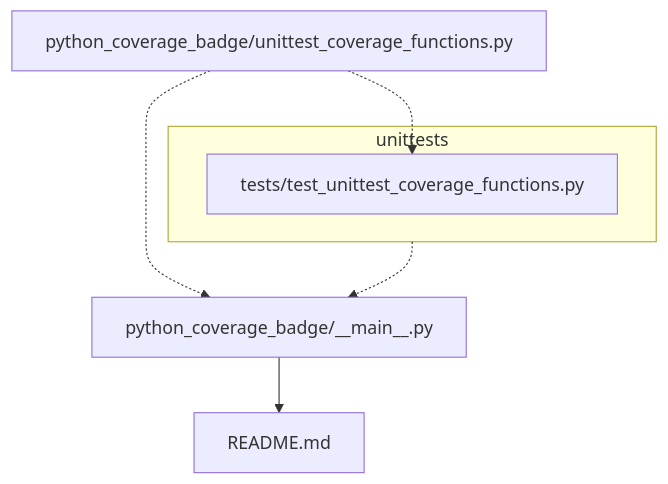
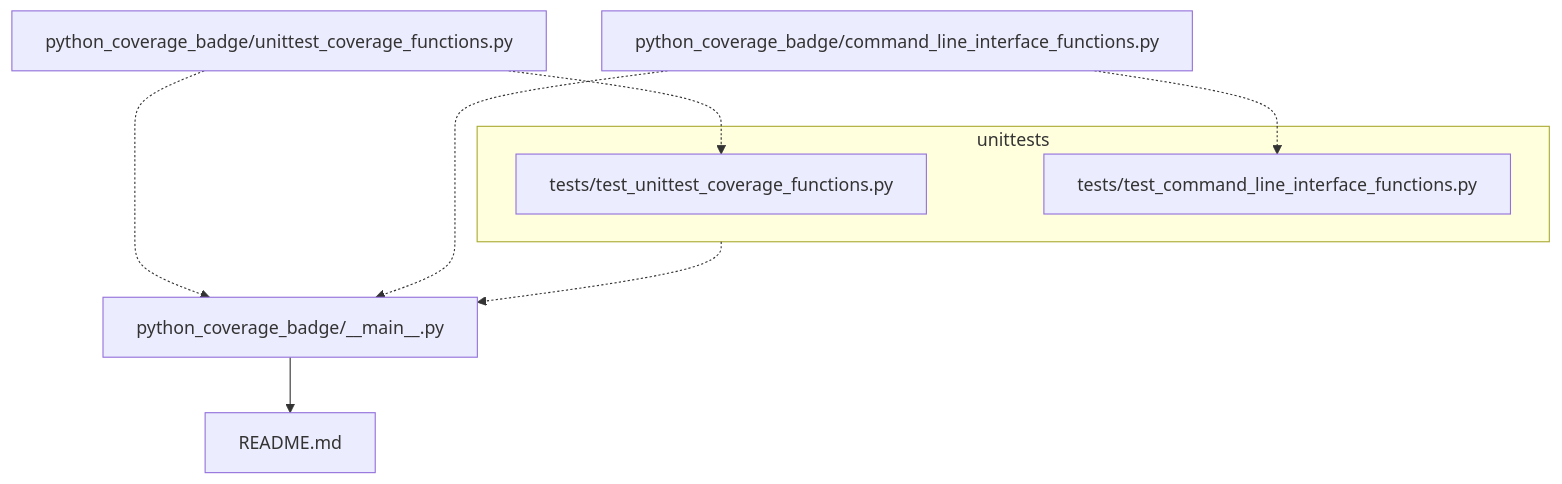
One commit to JosephCrispell/coverage_shield changed the diagram in README.md. Above: the diagram before and after it, drawn with Mermaid. The commit also changed other lines of this file, not shown here.

Commit message:
Updated TODO and doctree

````diff
--- a/README.md
+++ b/README.md
@@ -94,10 +93,13 @@
 ```mermaid
   graph TD
     coverage_functions[python_coverage_badge/unittest_coverage_functions.py] .-> main[python_coverage_badge/__main__.py];
     coverage_functions .-> test_coverage[tests/test_unittest_coverage_functions.py];
     main --> readme[README.md];
+    cli_functions[python_coverage_badge/command_line_interface_functions.py] .-> main;
+    cli_functions .-> test_cli[tests/test_command_line_interface_functions.py];
     subgraph "unittests"
-        test_coverage[tests/test_unittest_coverage_functions.py];
+        test_coverage;
+        test_cli;
     end
     unittests .-> main
 ```
````
